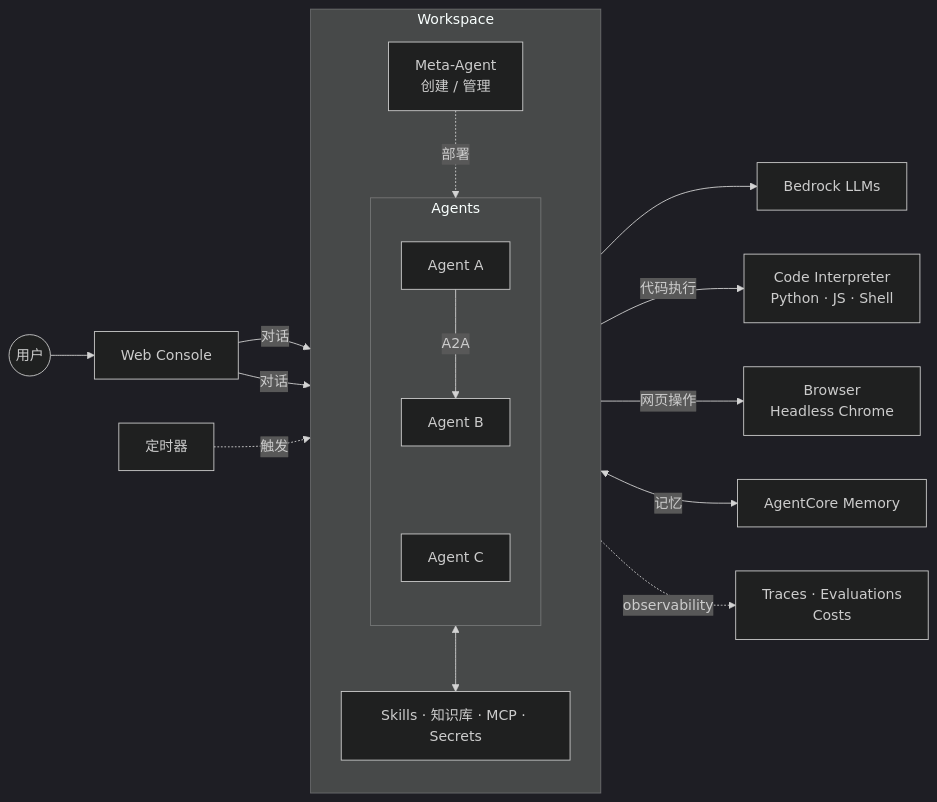
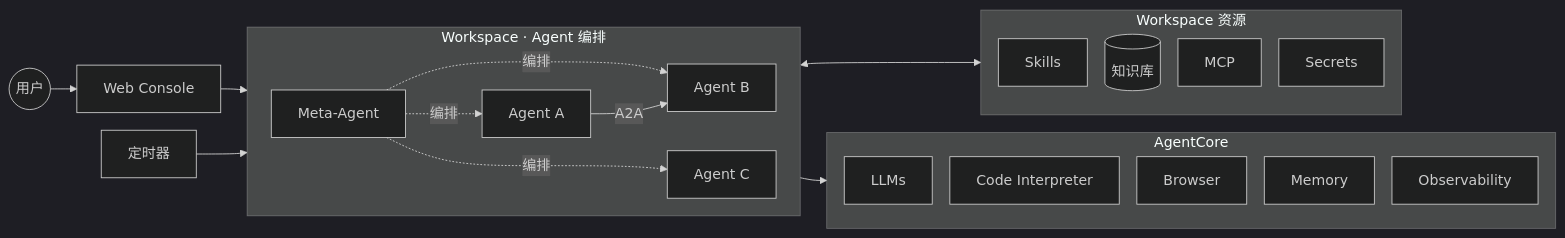
One commit to ddpie/agent-studio changed the first of 2 diagrams in README.md. Above: the diagram before and after it, drawn with Mermaid (dark theme). The commit also changed other lines of this file, not shown here.

Commit message:
docs(readme): redesign architecture diagram with compact horizontal layout
Replace verbose graph LR diagram with flowchart using community best
practices: init config for tight nodeSpacing/rankSpacing, three
subgraphs side-by-side (Workspace · Agent Orchestration | Workspace
Resources | AgentCore), subgraph-level edges to avoid direction
invalidation, invisible links for alignment.

````diff
--- a/README.md
+++ b/README.md
@@ -48,27 +48,34 @@
 ```mermaid
-graph LR
+%%{init: {'flowchart': {'nodeSpacing': 20, 'rankSpacing': 30}} }%%
+flowchart LR
     User((用户)) --> Web[Web Console]
-    Cron[定时器]
+    Web & Cron[定时器] --> WS
 
-    subgraph Workspace
-        direction TB
-        Meta[Meta-Agent<br/>创建 / 管理]
-        subgraph Agents
-            direction TB
-            A1[Agent A] -->|A2A| A2[Agent B]
-            A2 ~~~ A3[Agent C]
-        end
-        Res[Skills · 知识库 · MCP · Secrets]
+    subgraph WS["Workspace · Agent 编排"]
+        direction LR
+        Meta[Meta-Agent] -.编排.-> A1 & A2 & A3
+        A1[Agent A] -->|A2A| A2[Agent B]
+        A3[Agent C]
+        A1 ~~~ A3
     end
 
-    Web -->|对话| Meta
-    Web -->|对话| Agents
-    Meta -.部署.-> Agents
-    Cron -.触发.-> Agents
-    Agents --> LLM[Bedrock LLMs]
-    Agents <--> Res
-    Agents -->|代码执行| CI[Code Interpreter<br/>Python · JS · Shell]
-    Agents -->|网页操作| BW[Browser<br/>Headless Chrome]
-    Agents <-->|记忆| Mem[AgentCore Memory]
-    Agents -.observability.-> Obs[Traces · Evaluations<br/>Costs]
+    subgraph Res["Workspace 资源"]
+        direction TB
+        S[Skills]
+        K[(知识库)]
+        M[MCP]
+        Se[Secrets]
+    end
+
+    subgraph AC[AgentCore]
+        direction TB
+        L[LLMs]
+        CI[Code Interpreter]
+        B[Browser]
+        Me[Memory]
+        O[Observability]
+    end
+
+    WS <--> Res
+    WS --> AC
 ```
````
